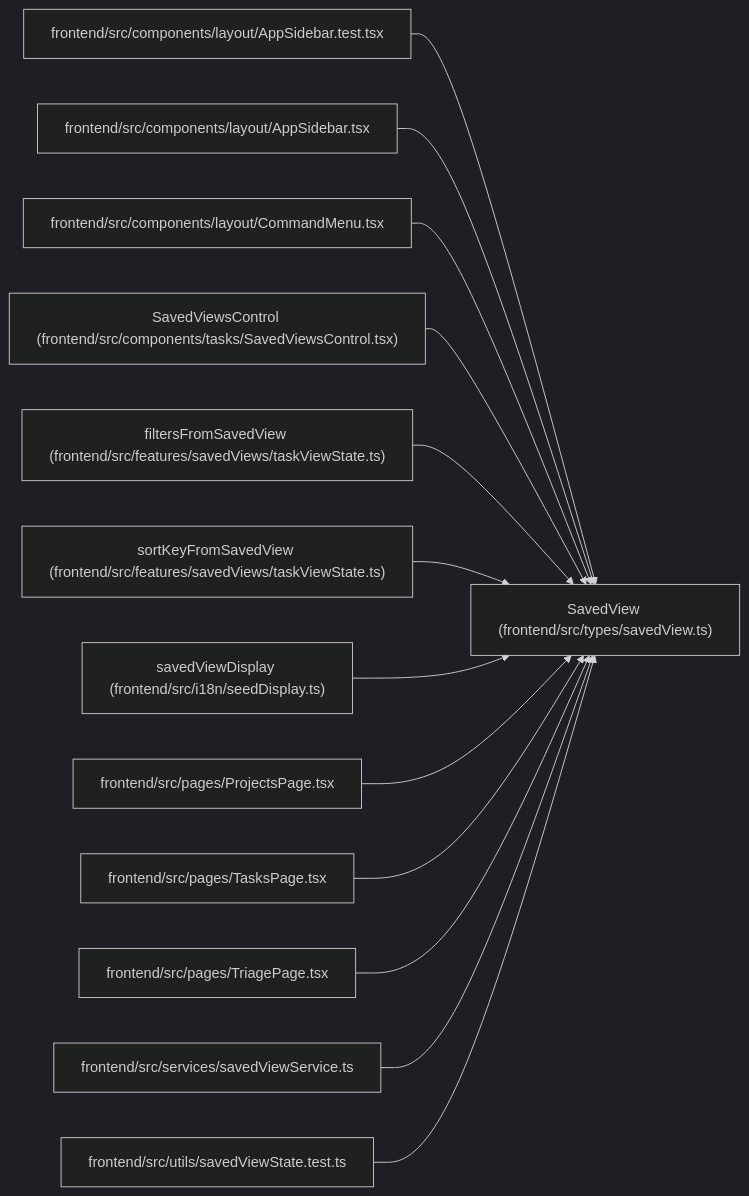
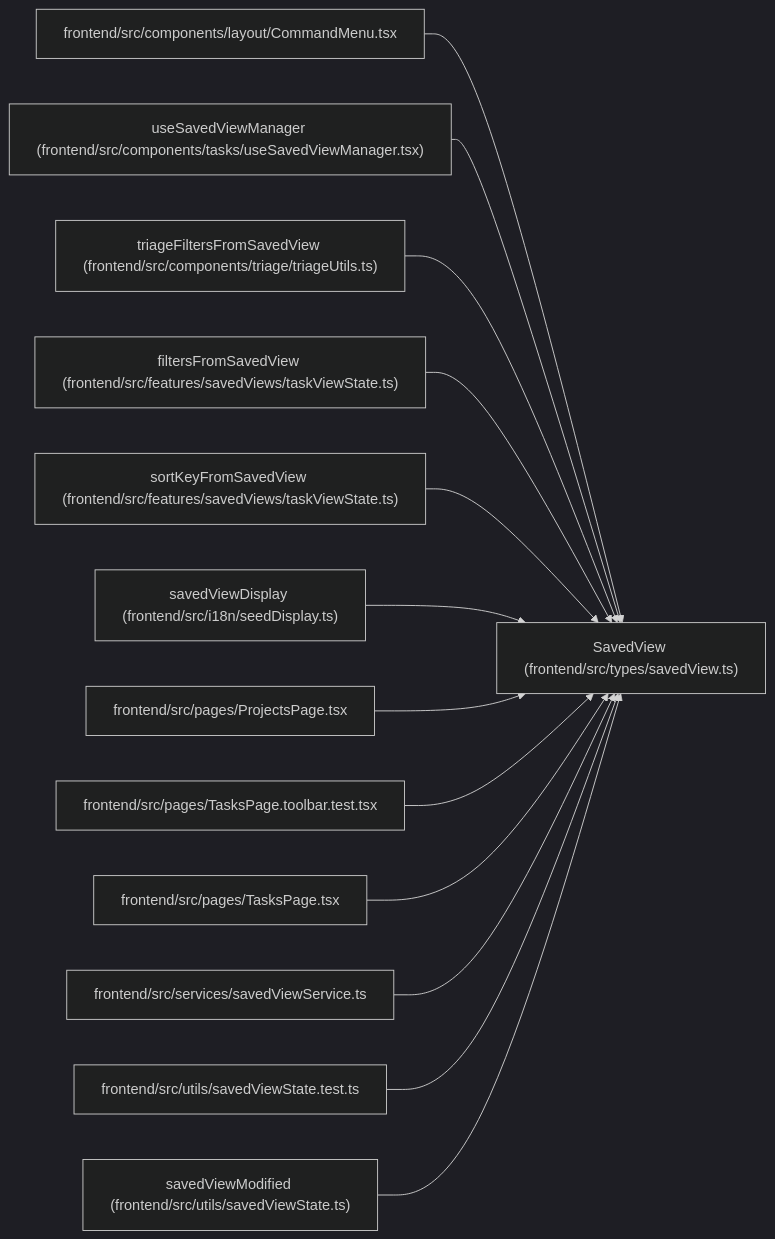
Before and after one commit to Denissvgn/WorkChord: the diagram in docs/llm_wiki/entities/savedView_SavedView.md, drawn with Mermaid (dark theme). The commit also changed other lines of this file and 2373 other files, not shown here.

````diff
--- a/docs/llm_wiki/entities/savedView_SavedView.md
+++ b/docs/llm_wiki/entities/savedView_SavedView.md
@@ -41,41 +41,41 @@
 ```mermaid
 flowchart LR
     n0["SavedView (frontend/src/types/savedView.ts)"]
-    n1["frontend/src/components/layout/AppSidebar.test.tsx"]
-    n2["frontend/src/components/layout/AppSidebar.tsx"]
-    n3["frontend/src/components/layout/CommandMenu.tsx"]
-    n4["SavedViewsControl (frontend/src/components/tasks/SavedViewsControl.tsx)"]
-    n5["filtersFromSavedView (frontend/src/features/savedViews/taskViewState.ts)"]
-    n6["sortKeyFromSavedView (frontend/src/features/savedViews/taskViewState.ts)"]
-    n7["savedViewDisplay (frontend/src/i18n/seedDisplay.ts)"]
-    n8["frontend/src/pages/ProjectsPage.tsx"]
+    n1["frontend/src/components/layout/CommandMenu.tsx"]
+    n2["useSavedViewManager (frontend/src/components/tasks/useSavedViewManager.tsx)"]
+    n3["triageFiltersFromSavedView (frontend/src/components/triage/triageUtils.ts)"]
+    n4["filtersFromSavedView (frontend/src/features/savedViews/taskViewState.ts)"]
+    n5["sortKeyFromSavedView (frontend/src/features/savedViews/taskViewState.ts)"]
+    n6["savedViewDisplay (frontend/src/i18n/seedDisplay.ts)"]
+    n7["frontend/src/pages/ProjectsPage.tsx"]
+    n8["frontend/src/pages/TasksPage.toolbar.test.tsx"]
     n9["frontend/src/pages/TasksPage.tsx"]
-    n10["frontend/src/pages/TriagePage.tsx"]
-    n11["frontend/src/services/savedViewService.ts"]
-    n12["frontend/src/utils/savedViewState.test.ts"]
+    n10["frontend/src/services/savedViewService.ts"]
+    n11["frontend/src/utils/savedViewState.test.ts"]
+    n12["savedViewModified (frontend/src/utils/savedViewState.ts)"]
     n1 --> n0
     n2 --> n0
     n3 --> n0
     n4 --> n0
     n5 --> n0
     n6 --> n0
     n7 --> n0
     n8 --> n0
     n9 --> n0
     n10 --> n0
     n11 --> n0
     n12 --> n0
     click n0 "../modules/savedView.md"
-    click n1 "../modules/AppSidebar.test.md"
-    click n2 "../modules/AppSidebar.md"
-    click n3 "../modules/CommandMenu.md"
-    click n4 "../modules/SavedViewsControl.md"
+    click n1 "../modules/CommandMenu.md"
+    click n2 "../modules/useSavedViewManager.md"
+    click n3 "../modules/triageUtils.md"
+    click n4 "../modules/taskViewState.md"
     click n5 "../modules/taskViewState.md"
-    click n6 "../modules/taskViewState.md"
-    click n7 "../modules/seedDisplay.md"
-    click n8 "../modules/ProjectsPage.md"
+    click n6 "../modules/seedDisplay.md"
+    click n7 "../modules/ProjectsPage.md"
+    click n8 "../modules/TasksPage.toolbar.test.md"
     click n9 "../modules/TasksPage.md"
-    click n10 "../modules/TriagePage.md"
-    click n11 "../modules/savedViewService.md"
-    click n12 "../modules/savedViewState.test.md"
+    click n10 "../modules/savedViewService.md"
+    click n11 "../modules/savedViewState.test.md"
+    click n12 "../modules/savedViewState.md"
 ```
````
